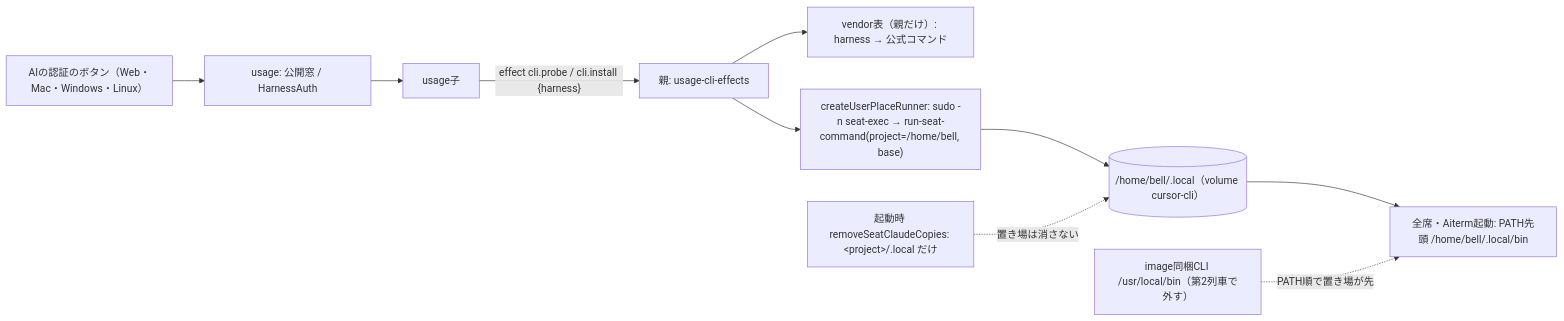
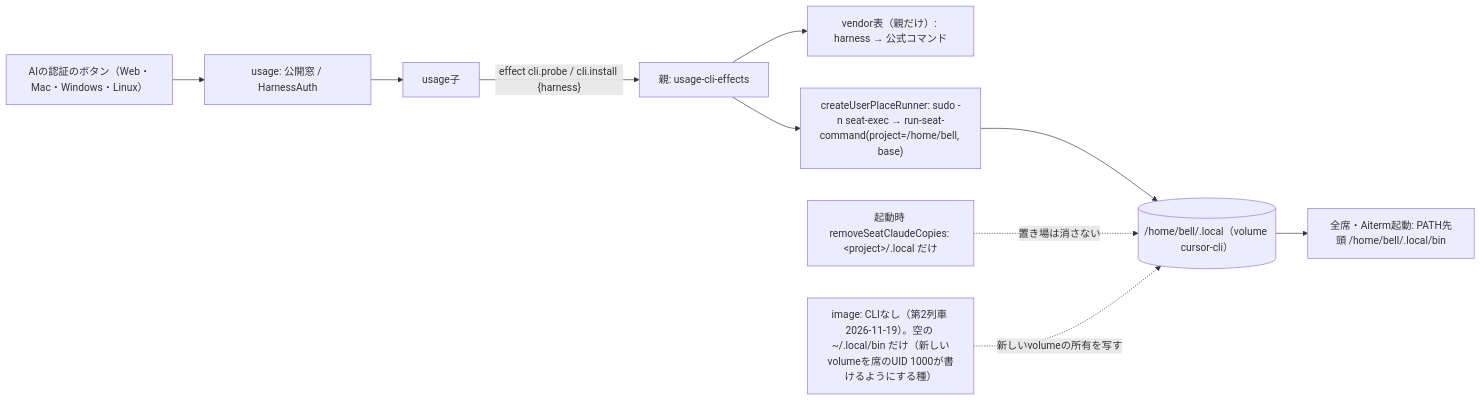
One commit to kitepon/BellTeam changed the first of 2 diagrams in docs/architecture/modules/runtime/user-cli-place.md. Above: the diagram before and after it, drawn with Mermaid. The commit also changed other lines of this file and 9 other files, not shown here.

````diff
--- a/docs/architecture/modules/runtime/user-cli-place.md
+++ b/docs/architecture/modules/runtime/user-cli-place.md
@@ -24,12 +24,12 @@
 ```mermaid
 flowchart LR
   Button["AIの認証のボタン（Web・Mac・Windows・Linux）"] --> UsageApi[usage: 公開窓 / HarnessAuth]
   UsageApi --> Child[usage子]
   Child -->|"effect cli.probe / cli.install {harness}"| Effects["親: usage-cli-effects"]
   Effects --> Table["vendor表（親だけ）: harness → 公式コマンド"]
   Effects --> Runner["createUserPlaceRunner: sudo -n seat-exec → run-seat-command(project=/home/bell, base)"]
   Runner --> Place[("/home/bell/.local（volume cursor-cli）")]
   Place --> Seats["全席・Aiterm起動: PATH先頭 /home/bell/.local/bin"]
   Cleanup["起動時 removeSeatClaudeCopies: &lt;project&gt;/.local だけ"] -.->|"置き場は消さない"| Place
-  Image["image同梱CLI /usr/local/bin（第2列車で外す）"] -.->|"PATH順で置き場が先"| Seats
+  Image["image: CLIなし（第2列車 2026-11-19）。空の ~/.local/bin だけ（新しいvolumeを席のUID 1000が書けるようにする種）"] -.->|"新しいvolumeの所有を写す"| Place
 ```
````
